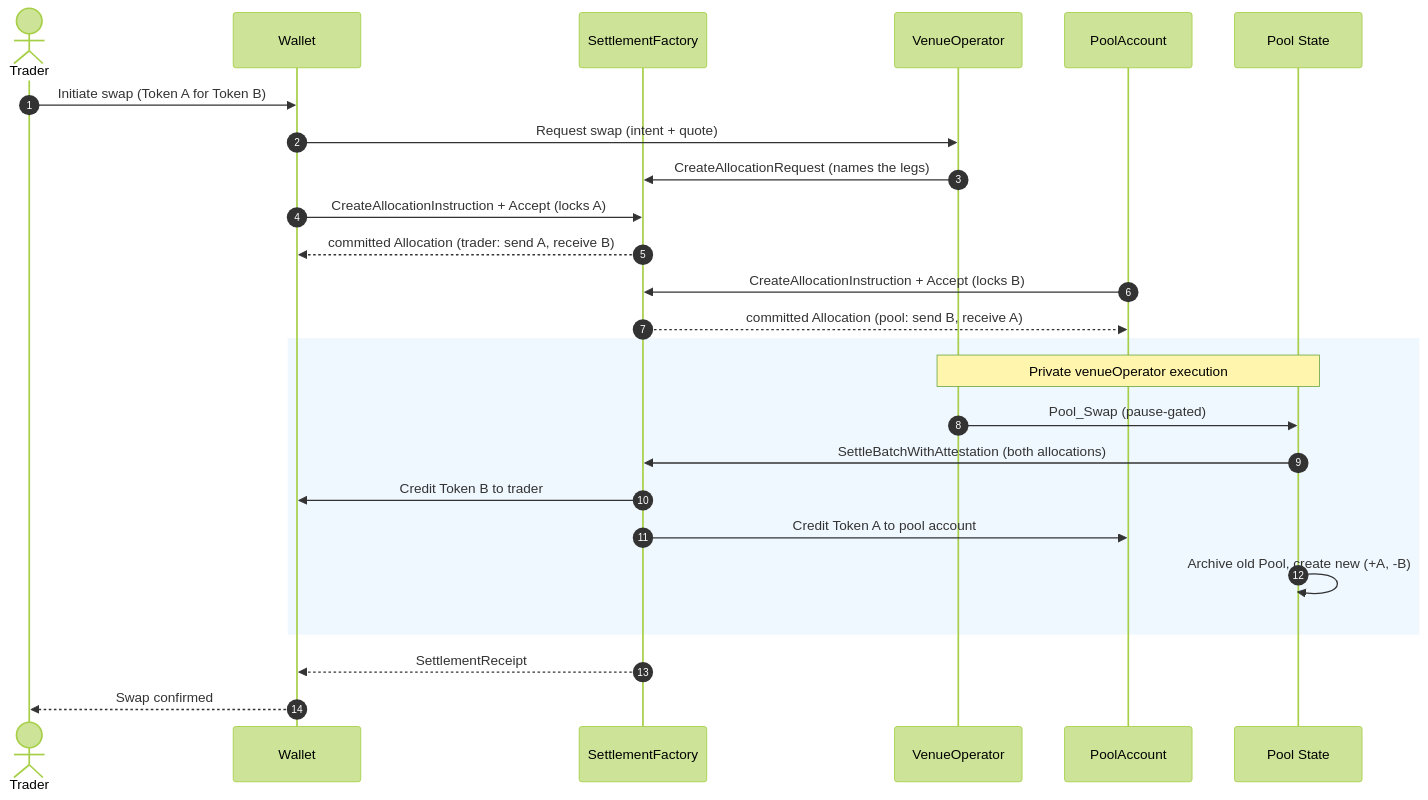
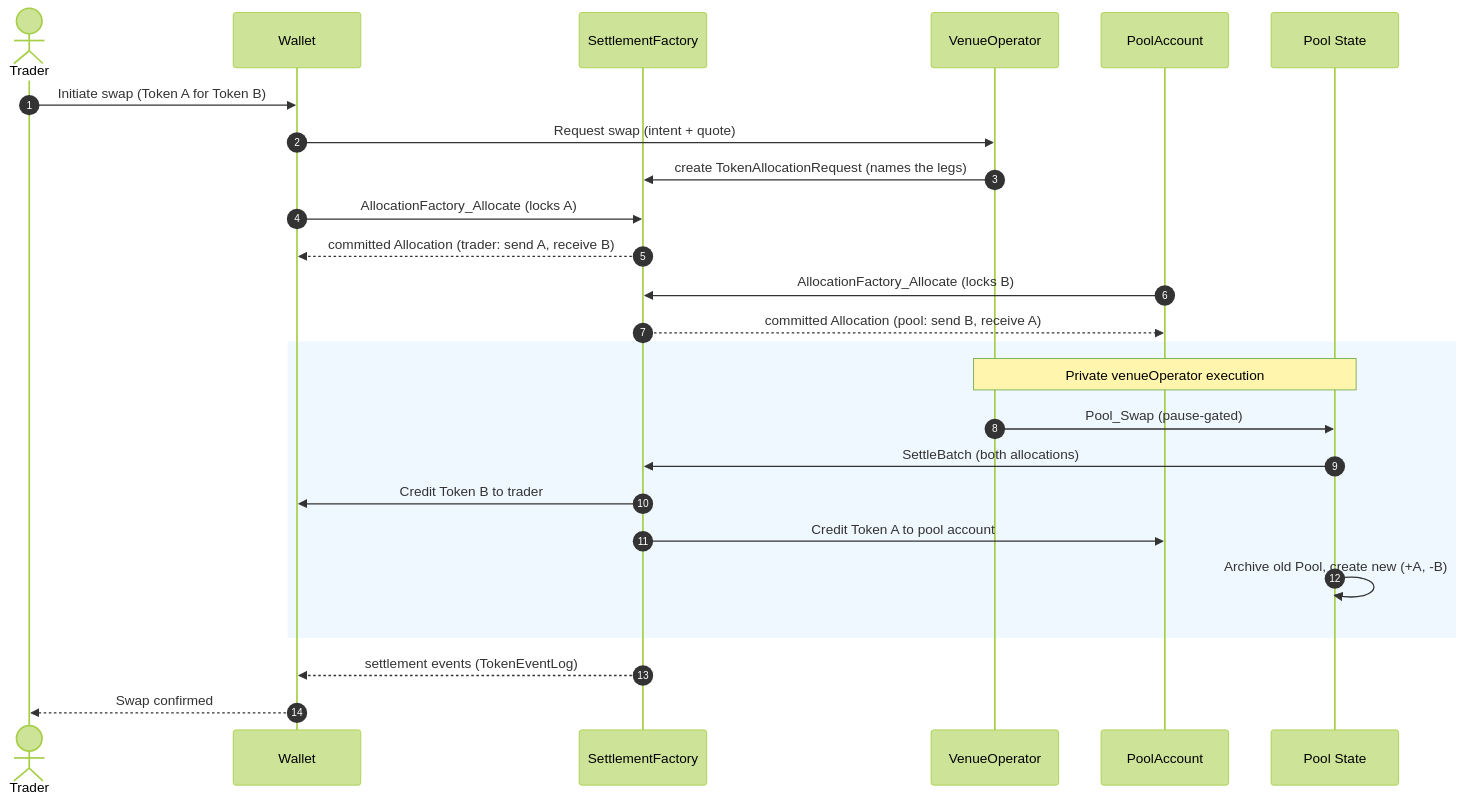
Before and after one commit to OpenZeppelin/canton-specs: the fifth of 5 diagrams in docs/reference-architectures/dex.md, drawn with Mermaid (forest theme). The commit also changed other lines of this file and 4 other files, not shown here.

````diff
--- a/docs/reference-architectures/dex.md
+++ b/docs/reference-architectures/dex.md
@@ -379,30 +379,30 @@
 ```mermaid
 sequenceDiagram
     autonumber
     actor Trader
     participant Wallet
     participant SettleFactory as SettlementFactory
     participant VenueOperator
     participant PoolAccount
     participant PoolContract as Pool State
 
     Trader->>Wallet: Initiate swap (Token A for Token B)
     Wallet->>VenueOperator: Request swap (intent + quote)
-    VenueOperator->>SettleFactory: CreateAllocationRequest (names the legs)
-    Wallet->>SettleFactory: CreateAllocationInstruction + Accept (locks A)
+    VenueOperator->>SettleFactory: create TokenAllocationRequest (names the legs)
+    Wallet->>SettleFactory: AllocationFactory_Allocate (locks A)
     SettleFactory-->>Wallet: committed Allocation (trader: send A, receive B)
-    PoolAccount->>SettleFactory: CreateAllocationInstruction + Accept (locks B)
+    PoolAccount->>SettleFactory: AllocationFactory_Allocate (locks B)
     SettleFactory-->>PoolAccount: committed Allocation (pool: send B, receive A)
 
     rect rgb(240, 248, 255)
     Note over VenueOperator, PoolContract: Private venueOperator execution
     VenueOperator->>PoolContract: Pool_Swap (pause-gated)
-    PoolContract->>SettleFactory: SettleBatchWithAttestation (both allocations)
+    PoolContract->>SettleFactory: SettleBatch (both allocations)
     SettleFactory->>Wallet: Credit Token B to trader
     SettleFactory->>PoolAccount: Credit Token A to pool account
     PoolContract->>PoolContract: Archive old Pool, create new (+A, -B)
     end
 
-    SettleFactory-->>Wallet: SettlementReceipt
+    SettleFactory-->>Wallet: settlement events (TokenEventLog)
     Wallet-->>Trader: Swap confirmed
 ```
````
